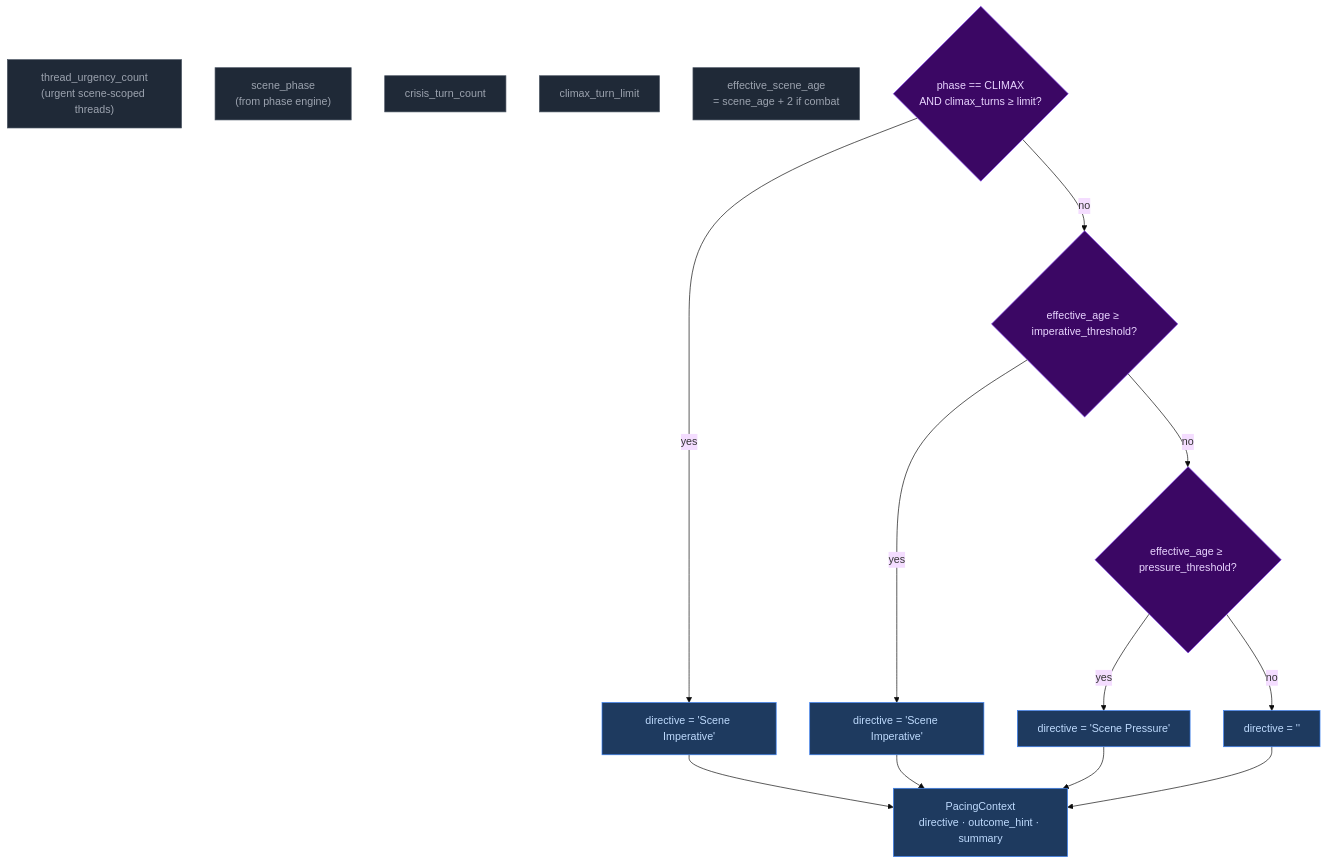
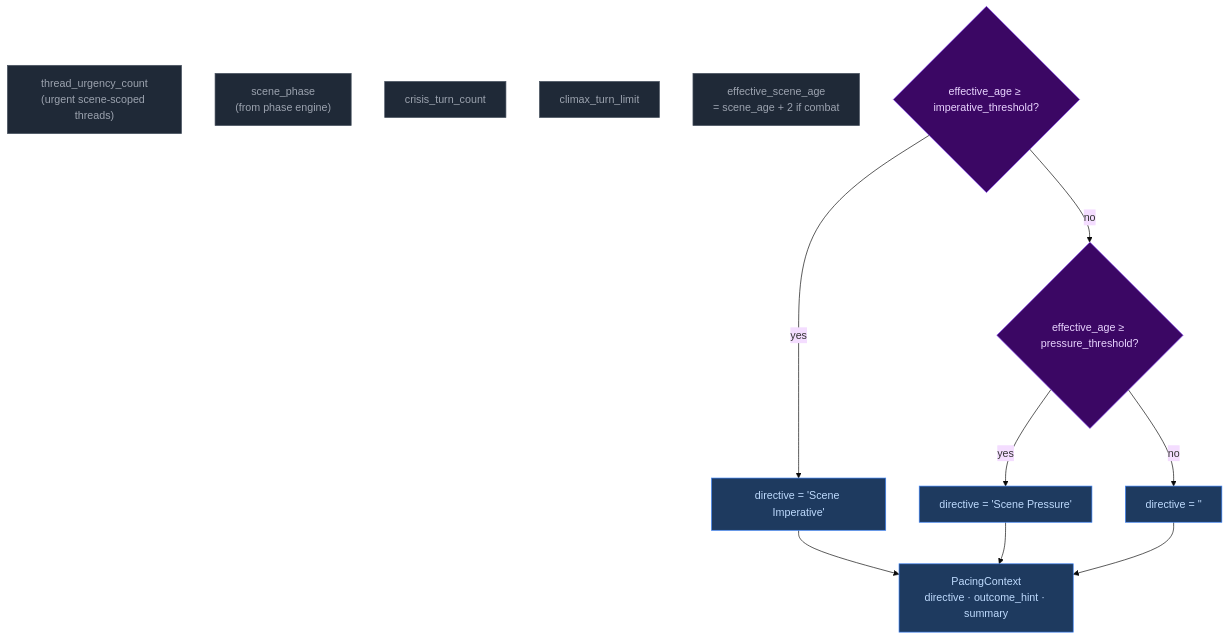
One commit to pww217/fablethread changed the second of 3 diagrams in docs/architecture/step0-ruling.md. Above: the diagram before and after it, drawn with Mermaid (base theme). The commit also changed other lines of this file and 6 other files, not shown here.

````diff
--- a/docs/architecture/step0-ruling.md
+++ b/docs/architecture/step0-ruling.md
@@ -75,29 +75,26 @@
 ```mermaid
 flowchart TD
     classDef pyNode fill:#1f2937,color:#9ca3af,stroke:#4b5563
     classDef decision fill:#3b0764,color:#e9d5ff,stroke:#7c3aed
     classDef output fill:#1e3a5f,color:#bfdbfe,stroke:#3b82f6
 
     TU["thread_urgency_count<br>(urgent scene-scoped threads)"]:::pyNode
     PH["scene_phase<br>(from phase engine)"]:::pyNode
     CTC["crisis_turn_count"]:::pyNode
     CTL["climax_turn_limit"]:::pyNode
     EA["effective_scene_age<br>= scene_age + 2 if combat"]:::pyNode
 
-    D1{"phase == CLIMAX<br>AND climax_turns ≥ limit?"}:::decision
+    D1{"effective_age ≥ imperative_threshold?"}:::decision
     D1 -- yes --> B1["directive = 'Scene Imperative'"]:::output
-    D1 -- no --> D2{"effective_age ≥ imperative_threshold?"}:::decision
-    D2 -- yes --> B2["directive = 'Scene Imperative'"]:::output
-    D2 -- no --> D3{"effective_age ≥ pressure_threshold?"}:::decision
-    D3 -- yes --> B3["directive = 'Scene Pressure'"]:::output
-    D3 -- no --> B4["directive = ''"]:::output
+    D1 -- no --> D2{"effective_age ≥ pressure_threshold?"}:::decision
+    D2 -- yes --> B2["directive = 'Scene Pressure'"]:::output
+    D2 -- no --> B3["directive = ''"]:::output
 
     FINAL["PacingContext<br>directive · outcome_hint · summary"]:::output
 
     B1 --> FINAL
     B2 --> FINAL
     B3 --> FINAL
-    B4 --> FINAL
 
     style B1 fill:#1e3a5f,color:#bfdbfe,stroke:#3b82f6
 ```
````
